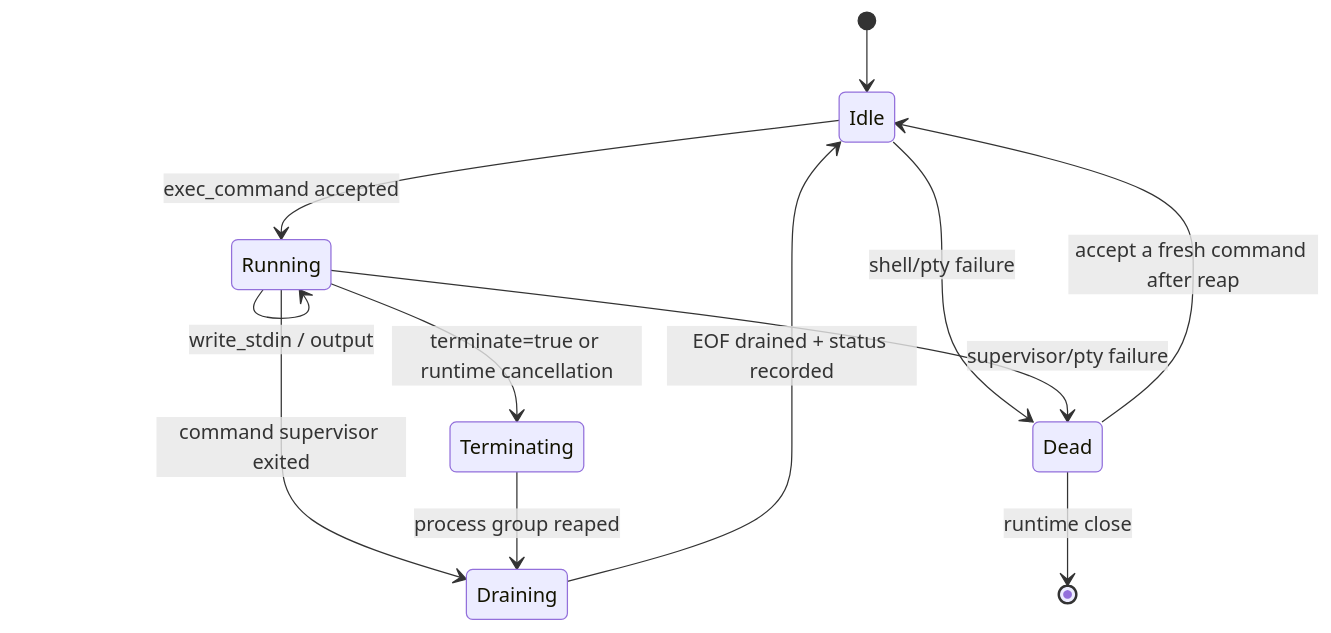
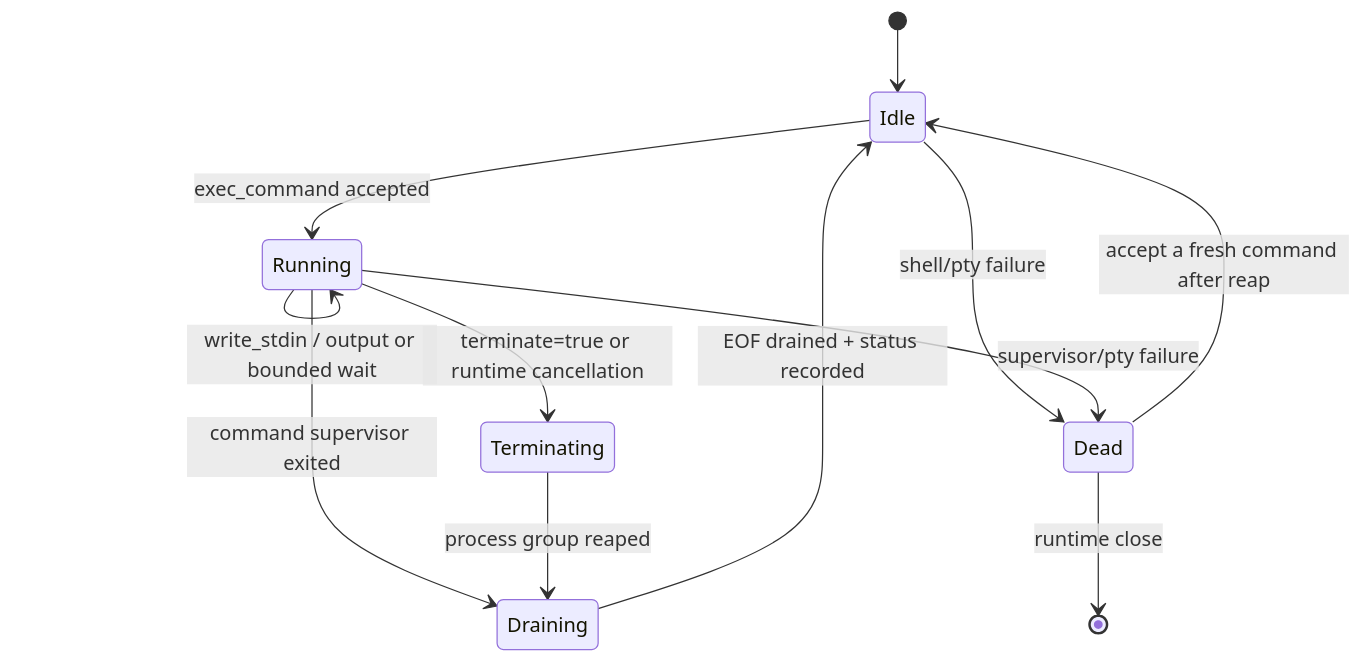
The second of 2 diagrams in docs/agent-smith-spec.md (sa6mwa/cai), drawn with Mermaid before and after one commit. The commit also changed other lines of this file and 4 other files, not shown here.

````diff
--- a/docs/agent-smith-spec.md
+++ b/docs/agent-smith-spec.md
@@ -556,14 +556,14 @@
 ```mermaid
 stateDiagram-v2
   [*] --> Idle
   Idle --> Running: exec_command accepted
-  Running --> Running: write_stdin / output
+  Running --> Running: write_stdin / output or bounded wait
   Running --> Draining: command supervisor exited
   Draining --> Idle: EOF drained + status recorded
   Running --> Terminating: terminate=true or runtime cancellation
   Terminating --> Draining: process group reaped
   Idle --> Dead: shell/pty failure
   Running --> Dead: supervisor/pty failure
   Dead --> Idle: accept a fresh command after reap
   Dead --> [*]: runtime close
 ```
````
